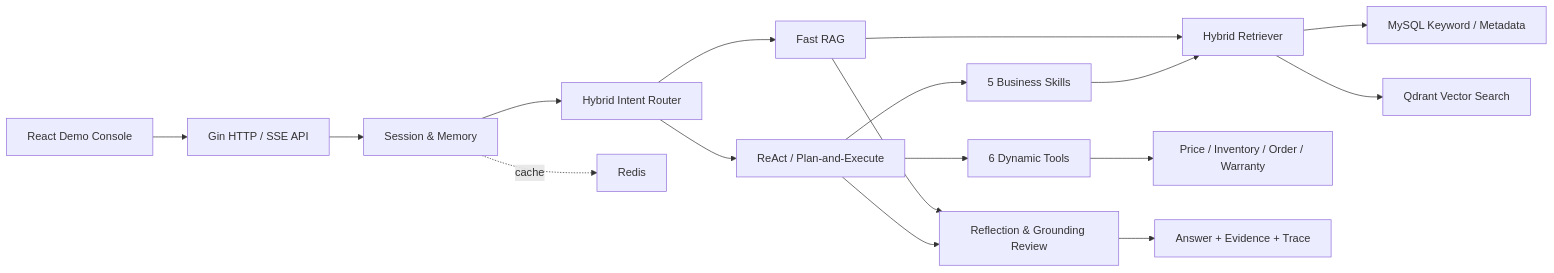
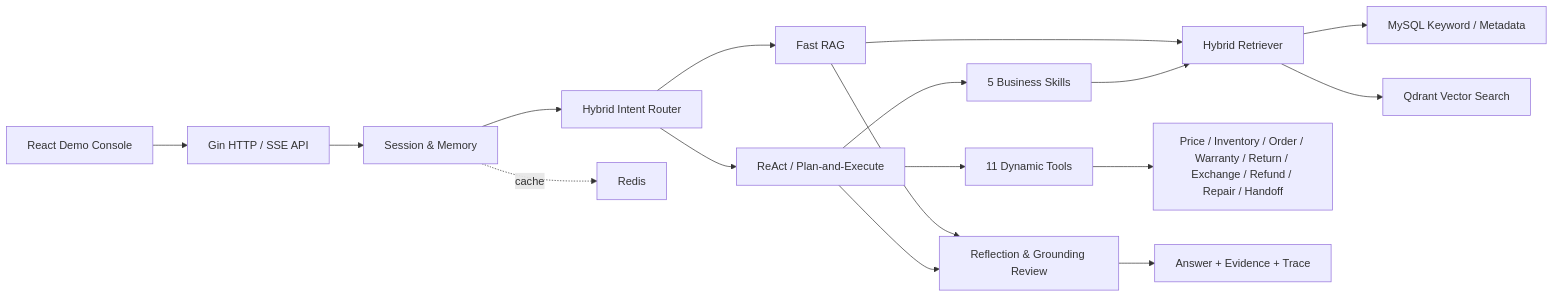
One commit to qidaoyigeren/CleanCaregent changed the diagram in README.md. Above: the diagram before and after it, drawn with Mermaid. The commit also changed other lines of this file and 1 other file, not shown here.

````diff
--- a/README.md
+++ b/README.md
@@ -30,19 +31,19 @@
 ```mermaid
 flowchart LR
     UI["React Demo Console"] --> API["Gin HTTP / SSE API"]
     API --> SESSION["Session & Memory"]
     SESSION --> ROUTER["Hybrid Intent Router"]
     ROUTER --> FAST["Fast RAG"]
     ROUTER --> AGENT["ReAct / Plan-and-Execute"]
     AGENT --> SKILL["5 Business Skills"]
-    AGENT --> TOOL["6 Dynamic Tools"]
+    AGENT --> TOOL["11 Dynamic Tools"]
     FAST --> RETRIEVER["Hybrid Retriever"]
     SKILL --> RETRIEVER
     RETRIEVER --> MYSQL["MySQL Keyword / Metadata"]
     RETRIEVER --> QDRANT["Qdrant Vector Search"]
-    TOOL --> BUSINESS["Price / Inventory / Order / Warranty"]
+    TOOL --> BUSINESS["Price / Inventory / Order / Warranty / Return / Exchange / Refund / Repair / Handoff"]
     FAST --> REVIEW["Reflection & Grounding Review"]
     AGENT --> REVIEW
     REVIEW --> ANSWER["Answer + Evidence + Trace"]
     SESSION -. cache .-> REDIS["Redis"]
 ```
````
